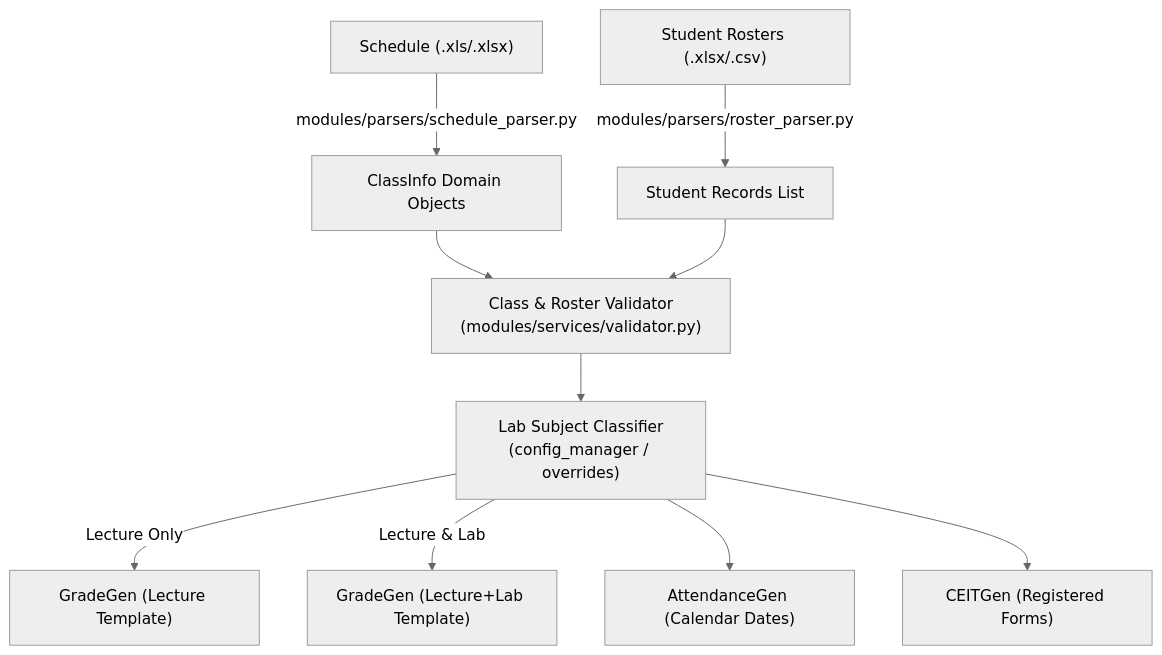
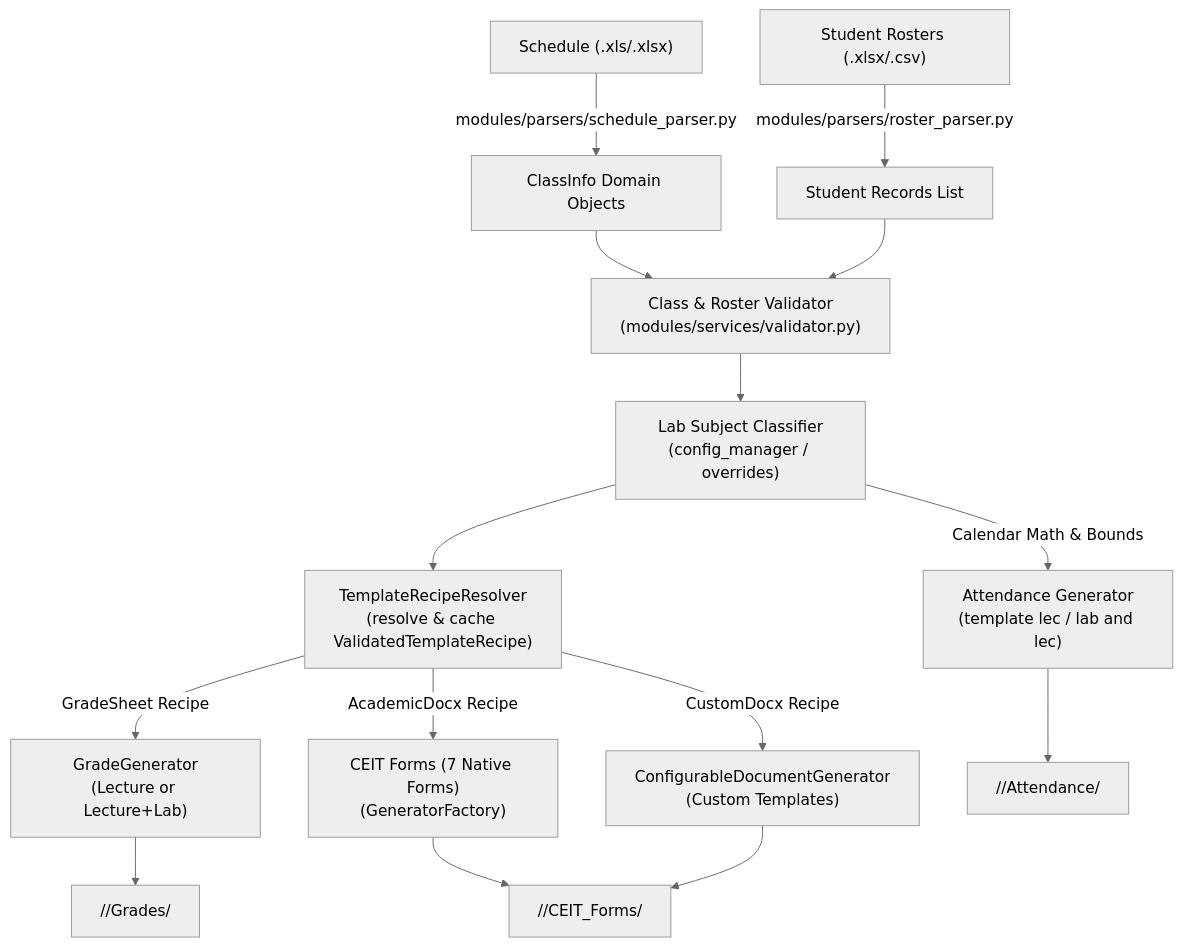
One commit to DrinkBoooz/cvsu-generator_documentation changed the diagram in 01 - Architecture/Generator Pipeline.md. Above: the diagram before and after it, drawn with Mermaid (neutral theme). The commit also changed other lines of this file and 9 other files, not shown here.

````diff
--- a/01 - Architecture/Generator Pipeline.md
+++ b/01 - Architecture/Generator Pipeline.md
@@ -32,15 +36,22 @@
 ```mermaid
 graph TD
     SchedXLS["Schedule (.xls/.xlsx)"] -->|modules/parsers/schedule_parser.py| ClassInfoList["ClassInfo Domain Objects"]
     RosterFiles["Student Rosters (.xlsx/.csv)"] -->|modules/parsers/roster_parser.py| StudentRecords["Student Records List"]
     
     ClassInfoList --> Matcher["Class & Roster Validator<br>(modules/services/validator.py)"]
     StudentRecords --> Matcher
 
     Matcher --> LabDetect["Lab Subject Classifier<br>(config_manager / overrides)"]
 
-    LabDetect -->|Lecture Only| Dis1["GradeGen (Lecture Template)"]
-    LabDetect -->|Lecture & Lab| Dis2["GradeGen (Lecture+Lab Template)"]
-    LabDetect --> Dis3["AttendanceGen (Calendar Dates)"]
-    LabDetect --> Dis4["CEITGen (Registered Forms)"]
+    LabDetect --> Resolver["TemplateRecipeResolver<br>(resolve & cache ValidatedTemplateRecipe)"]
+
+    Resolver -->|GradeSheet Recipe| Dis1["GradeGenerator<br>(Lecture or Lecture+Lab)"]
+    Resolver -->|AcademicDocx Recipe| Dis2["CEIT Forms (7 Native Forms)<br>(GeneratorFactory)"]
+    Resolver -->|CustomDocx Recipe| Dis3["ConfigurableDocumentGenerator<br>(Custom Templates)"]
+    LabDetect -->|Calendar Math & Bounds| Dis4["Attendance Generator<br>(template lec / lab and lec)"]
+
+    Dis1 --> Out1["<Output>/<Course_Sec>/Grades/"]
+    Dis2 --> Out2["<Output>/<Course_Sec>/CEIT_Forms/"]
+    Dis3 --> Out2
+    Dis4 --> Out3["<Output>/<Course_Sec>/Attendance/"]
 ```
````
